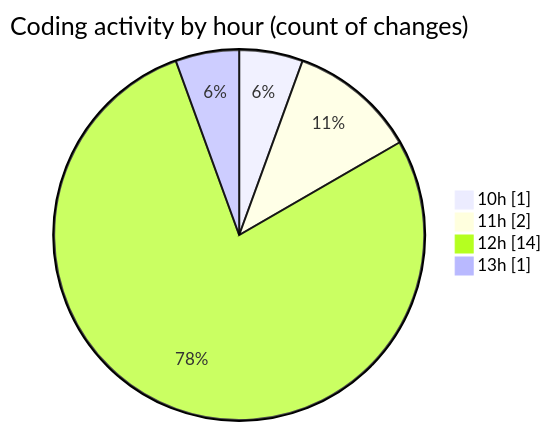
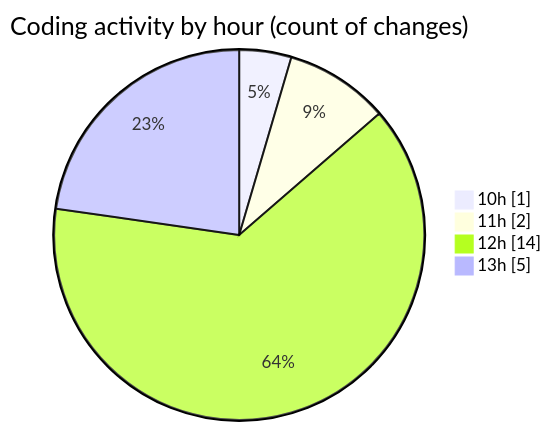
One commit to momahboobian/code-tracking changed the second of 2 diagrams in 2026-11-02/cda/README.md. Above: the diagram before and after it, drawn with Mermaid. The commit also changed other lines of this file and 1 other file, not shown here.

````diff
--- a/2026-11-02/cda/README.md
+++ b/2026-11-02/cda/README.md
@@ -34,8 +34,8 @@
 ```mermaid
 pie showData
 title Coding activity by hour (count of changes)
 "10h" : 1
 "11h" : 2
 "12h" : 14
-"13h" : 1
+"13h" : 5
 ```
````
